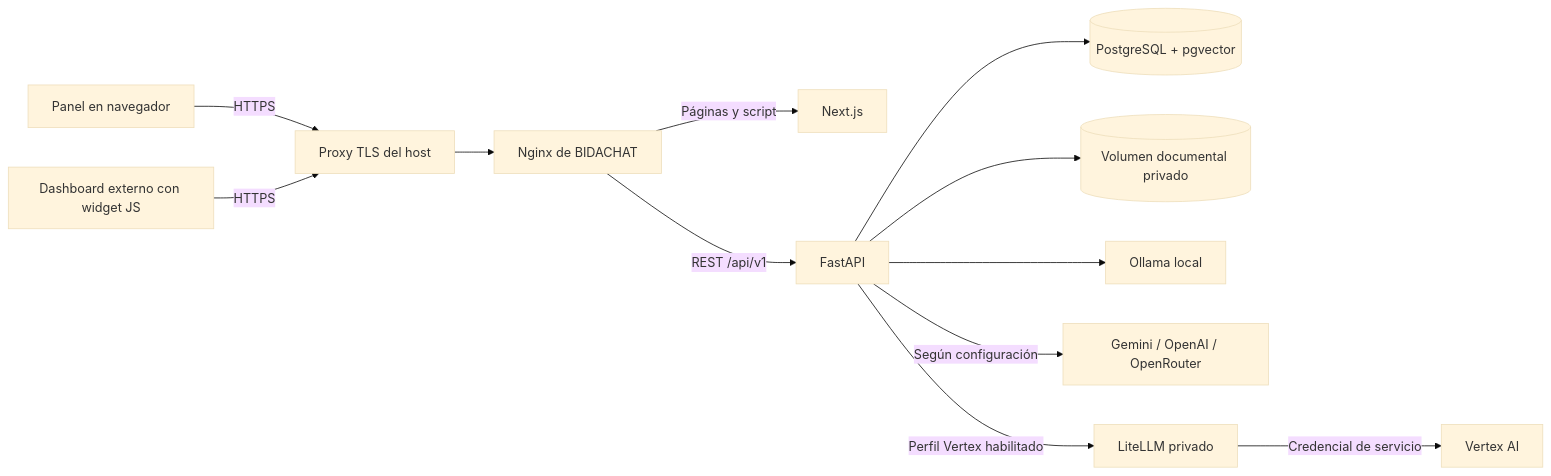
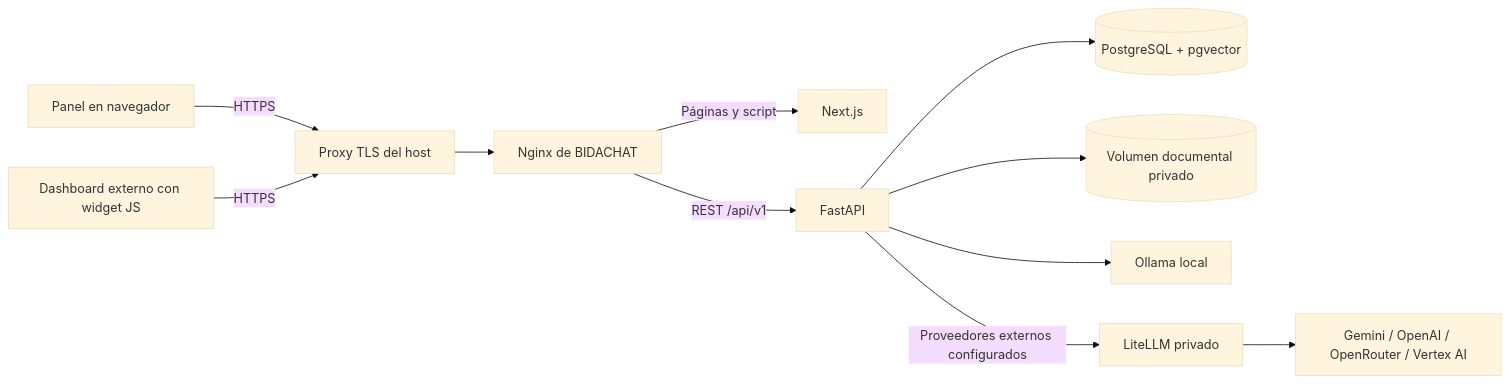
The second of 3 diagrams in docs/architecture.md (lucaduck/BiDachat), drawn with Mermaid (base theme) before and after one commit. The commit also changed other lines of this file and 72 other files, not shown here.

````diff
--- a/docs/architecture.md
+++ b/docs/architecture.md
@@ -19,14 +19,13 @@
 ```mermaid
 flowchart LR
     admin[Panel en navegador] -->|HTTPS| public[Proxy TLS del host]
     dashboard[Dashboard externo con widget JS] -->|HTTPS| public
     public --> nginx[Nginx de BIDACHAT]
     nginx -->|Páginas y script| next[Next.js]
     nginx -->|REST /api/v1| api[FastAPI]
     api --> postgres[(PostgreSQL + pgvector)]
     api --> files[(Volumen documental privado)]
     api --> ollama[Ollama local]
-    api -->|Según configuración| direct[Gemini / OpenAI / OpenRouter]
-    api -->|Perfil Vertex habilitado| litellm[LiteLLM privado]
-    litellm -->|Credencial de servicio| vertex[Vertex AI]
+    api -->|Proveedores externos configurados| litellm[LiteLLM privado]
+    litellm --> external[Gemini / OpenAI / OpenRouter / Vertex AI]
 ```
````
